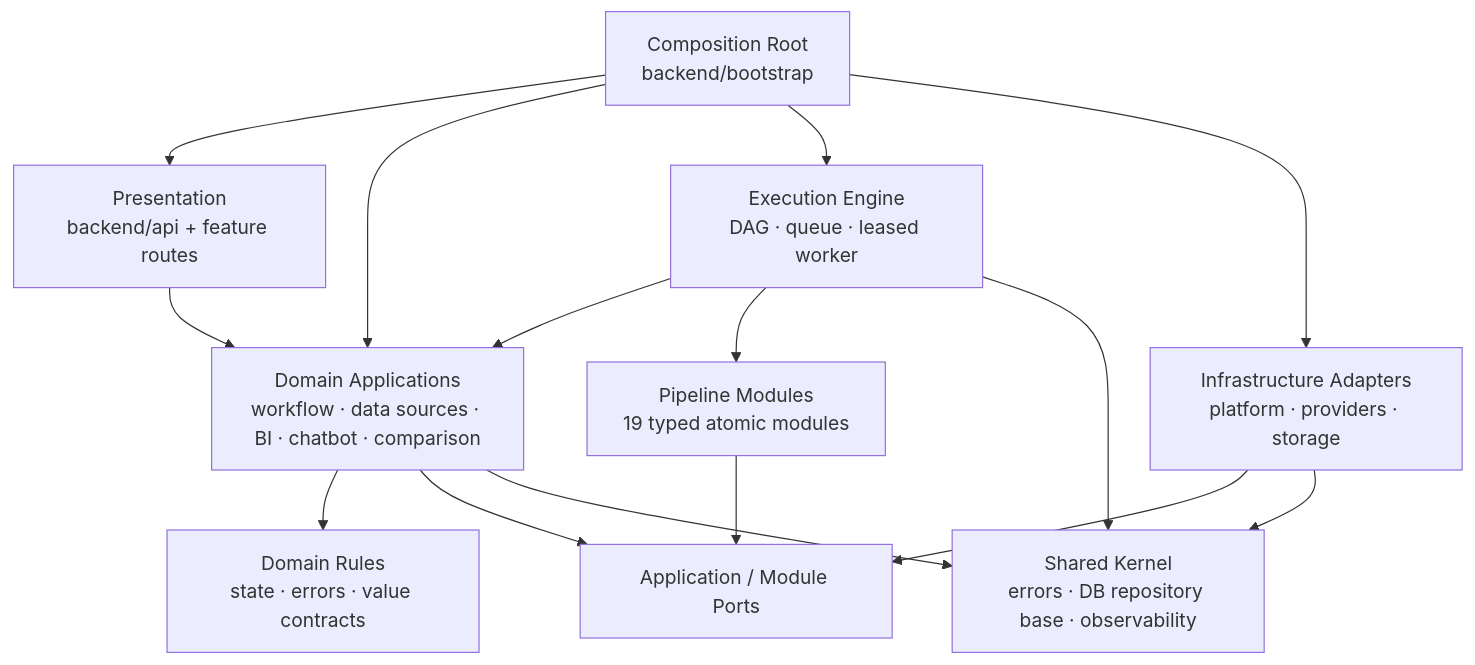
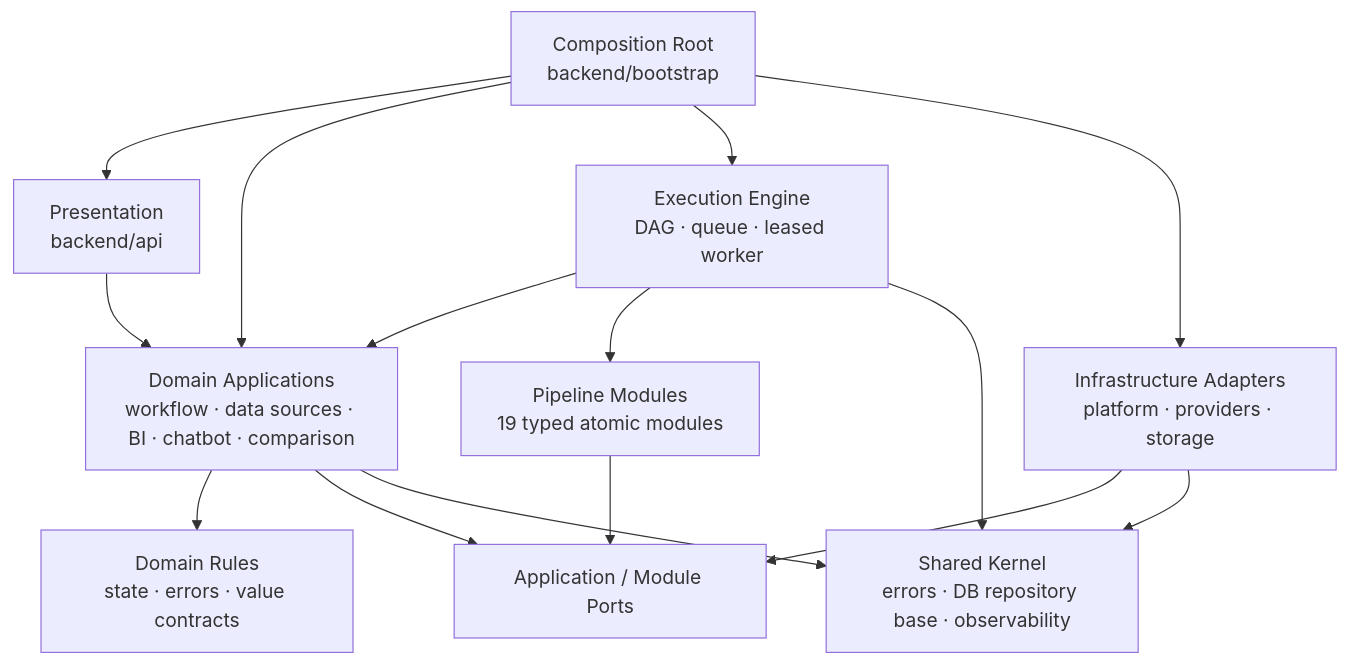
The diagram in docs/blueprints/01_system_blueprints/BP-102_backend_layered_architecture.md (bist-mini-final/bist-mini-final), drawn with Mermaid before and after one commit. The commit also changed other lines of this file and 8 other files, not shown here.

````diff
--- a/docs/blueprints/01_system_blueprints/BP-102_backend_layered_architecture.md
+++ b/docs/blueprints/01_system_blueprints/BP-102_backend_layered_architecture.md
@@ -11,27 +11,27 @@
 ```mermaid
 flowchart TD
-    API["Presentation\nbackend/api + feature routes"]
+    API["Presentation\nbackend/api"]
     BOOT["Composition Root\nbackend/bootstrap"]
     APP["Domain Applications\nworkflow · data sources · BI · chatbot · comparison"]
     DOMAIN["Domain Rules\nstate · errors · value contracts"]
     ENGINE["Execution Engine\nDAG · queue · leased worker"]
     MODULE["Pipeline Modules\n19 typed atomic modules"]
     PORT["Application / Module Ports"]
     ADAPTER["Infrastructure Adapters\nplatform · providers · storage"]
     SHARED["Shared Kernel\nerrors · DB repository base · observability"]
 
     API --> APP
     BOOT --> API
     BOOT --> APP
     BOOT --> ENGINE
     BOOT --> ADAPTER
     APP --> DOMAIN
     APP --> PORT
     ENGINE --> APP
     ENGINE --> MODULE
     MODULE --> PORT
     ADAPTER --> PORT
     APP --> SHARED
     ENGINE --> SHARED
     ADAPTER --> SHARED
 ```
````
